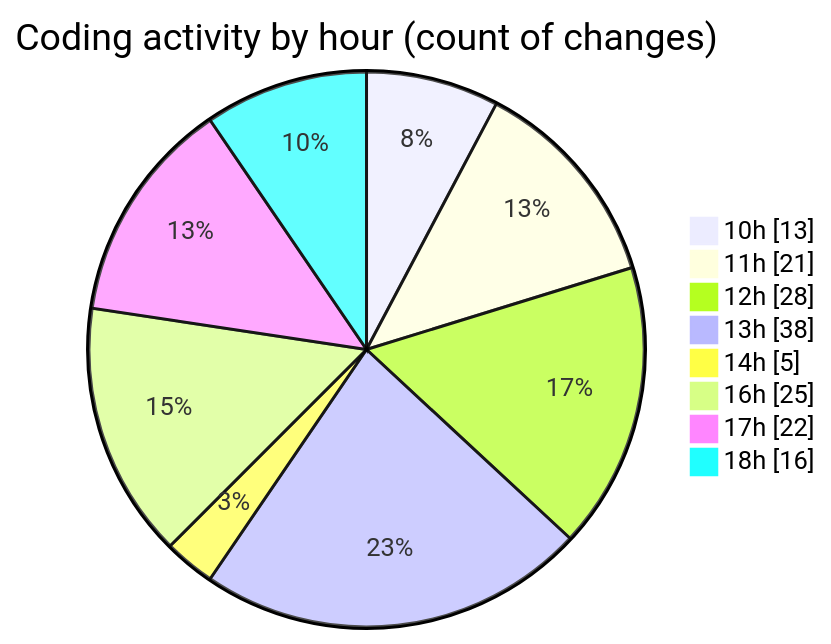
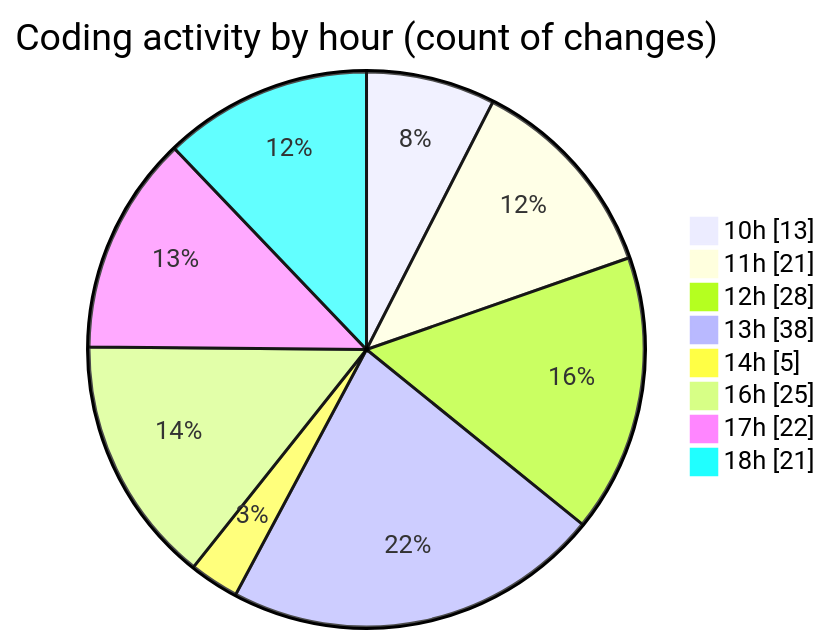
Before and after one commit to momahboobian/code-tracking: the second of 2 diagrams in 2025-06-19/cda/README.md, drawn with Mermaid. The commit also changed other lines of this file and 1 other file, not shown here.

````diff
--- a/2025-06-19/cda/README.md
+++ b/2025-06-19/cda/README.md
@@ -49,12 +49,12 @@
 ```mermaid
 pie showData
 title Coding activity by hour (count of changes)
 "10h" : 13
 "11h" : 21
 "12h" : 28
 "13h" : 38
 "14h" : 5
 "16h" : 25
 "17h" : 22
-"18h" : 16
+"18h" : 21
 ```
````
